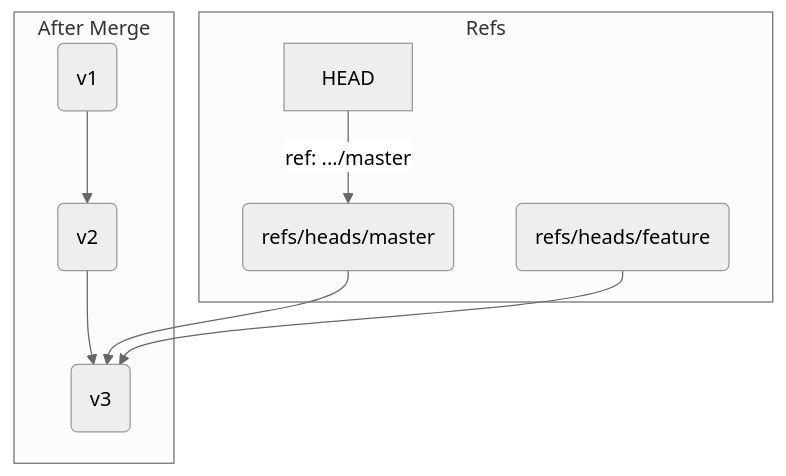
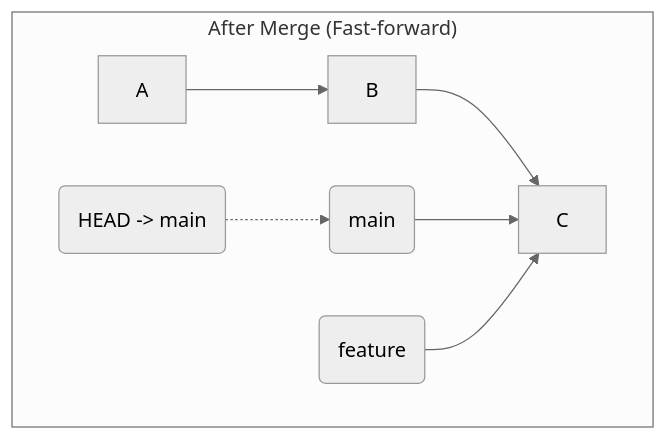
One commit to engineers-hub-ltd-in-house-project/git-deep-understanding changed the second of 2 diagrams in manuscript/part3/chapter15.md. Above: the diagram before and after it, drawn with Mermaid (neutral theme). The commit also changed other lines of this file and 36 other files, not shown here.

````diff
--- a/manuscript/part3/chapter15.md
+++ b/manuscript/part3/chapter15.md
@@ -104,12 +77,9 @@
 ```mermaid
 graph TD
-    subgraph "After Merge"
-        C1("v1") --> C2("v2") --> C3("v3")
+    subgraph "After Merge (Fast-forward)"
+        A --> B --> C
+        Main("main") --> C
+        Feature("feature") --> C
+        HEAD("HEAD -> main") -.-> Main
     end
-    subgraph Refs
-        HEAD -- "ref: .../master" --> Master("refs/heads/master")
-        Feature("refs/heads/feature")
-    end
-    Master --> C3
-    Feature --> C3
 ```
````
